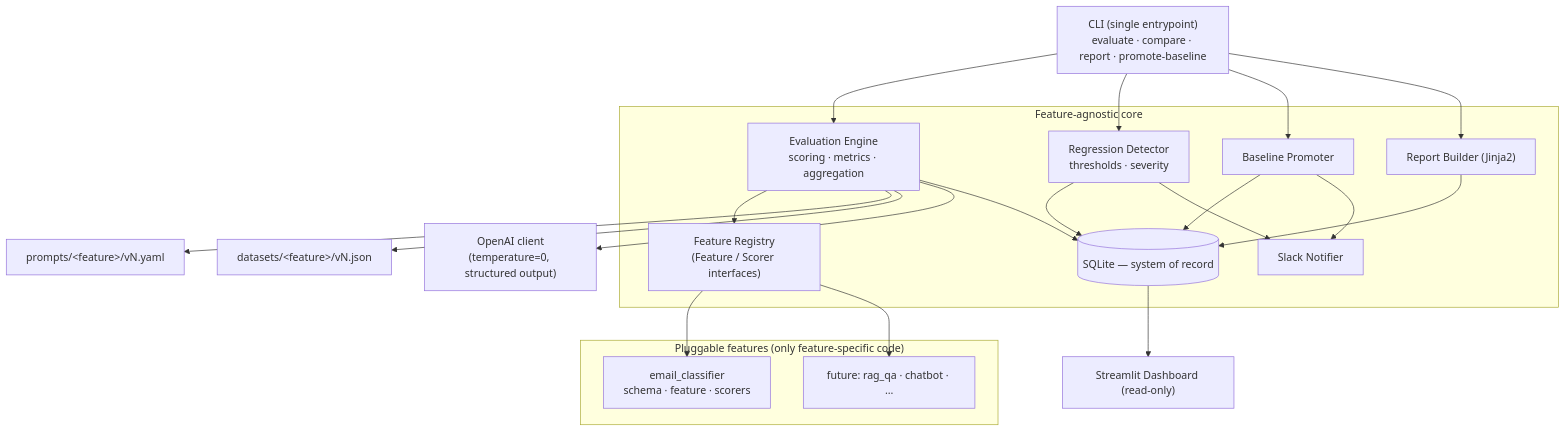
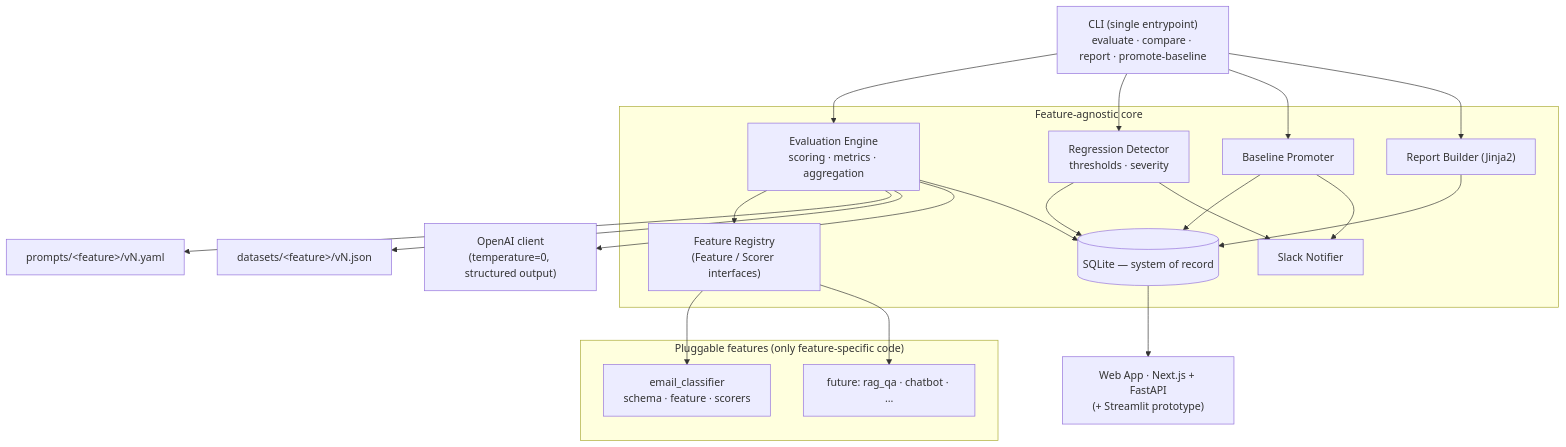
Before and after one commit to rajverma212/Model_Regression_Detector: the first of 2 diagrams in README.md, drawn with Mermaid. The commit also changed other lines of this file, not shown here.

First line of the commit message:
docs(readme): lead with the Evaluation OS web app + Vercel link; demote Streamlit to prototype

````diff
--- a/README.md
+++ b/README.md
@@ -65,41 +67,41 @@
 ```mermaid
 flowchart TD
     CLI["CLI (single entrypoint)<br/>evaluate · compare · report · promote-baseline"]
 
     subgraph CORE["Feature-agnostic core"]
         REG["Feature Registry<br/>(Feature / Scorer interfaces)"]
         ENG["Evaluation Engine<br/>scoring · metrics · aggregation"]
         DET["Regression Detector<br/>thresholds · severity"]
         PROMO["Baseline Promoter"]
         REP["Report Builder (Jinja2)"]
         ALERT["Slack Notifier"]
         DB[("SQLite — system of record")]
     end
 
     subgraph PLUGINS["Pluggable features (only feature-specific code)"]
         EC["email_classifier<br/>schema · feature · scorers"]
         FUT["future: rag_qa · chatbot · …"]
     end
 
     PROMPTS["prompts/&lt;feature&gt;/vN.yaml"]
     DATA["datasets/&lt;feature&gt;/vN.json"]
     LLM["OpenAI client<br/>(temperature=0, structured output)"]
 
     CLI --> ENG
     CLI --> DET
     CLI --> PROMO
     CLI --> REP
     REG --> EC
     REG --> FUT
     ENG --> REG
     ENG --> PROMPTS
     ENG --> DATA
     ENG --> LLM
     ENG --> DB
     DET --> DB
     PROMO --> DB
     DET --> ALERT
     PROMO --> ALERT
     REP --> DB
-    DB --> DASH["Streamlit Dashboard (read-only)"]
+    DB --> DASH["Web App · Next.js + FastAPI<br/>(+ Streamlit prototype)"]
 ```
````
